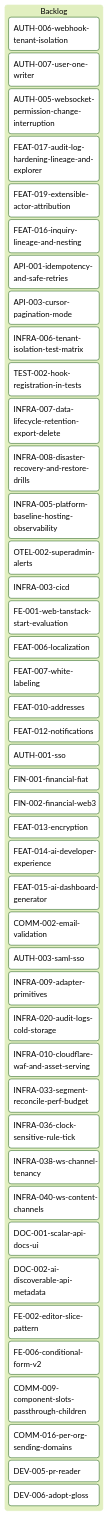
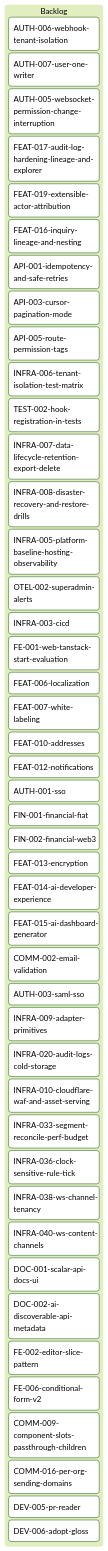
One commit to inixiative/template changed the diagram in tickets/kanban-backlog.md. Above: the diagram before and after it, drawn with Mermaid (forest theme). The commit also changed other lines of this file and 1 other file, not shown here.

Commit message:
docs: ticket API-005, routes declare their permission (deferred)
Zealot #2859 moved route permission checks into route config
(permission / submodelPermission). Aron deferred the template port until
after the Entitlement table (#267) and its Kingdom/Tribe backport.

````diff
--- a/tickets/kanban-backlog.md
+++ b/tickets/kanban-backlog.md
@@ -3,52 +3,53 @@
 ```mermaid
 ---
 config:
   kanban:
     ticketBaseUrl: 'https://github.com/yourorg/template/blob/main/tickets/#TICKET#'
 ---
 kanban
   Backlog
     AUTH-006-webhook-tenant-isolation
     AUTH-007-user-one-writer
     AUTH-005-websocket-permission-change-interruption
     FEAT-017-audit-log-hardening-lineage-and-explorer
     FEAT-019-extensible-actor-attribution
     FEAT-016-inquiry-lineage-and-nesting
     API-001-idempotency-and-safe-retries
     API-003-cursor-pagination-mode
+    API-005-route-permission-tags
     INFRA-006-tenant-isolation-test-matrix
     TEST-002-hook-registration-in-tests
     INFRA-007-data-lifecycle-retention-export-delete
     INFRA-008-disaster-recovery-and-restore-drills
     INFRA-005-platform-baseline-hosting-observability
     OTEL-002-superadmin-alerts
     INFRA-003-cicd
     FE-001-web-tanstack-start-evaluation
     FEAT-006-localization
     FEAT-007-white-labeling
     FEAT-010-addresses
     FEAT-012-notifications
     AUTH-001-sso
     FIN-001-financial-fiat
     FIN-002-financial-web3
     FEAT-013-encryption
     FEAT-014-ai-developer-experience
     FEAT-015-ai-dashboard-generator
     COMM-002-email-validation
     AUTH-003-saml-sso
     INFRA-009-adapter-primitives
     INFRA-020-audit-logs-cold-storage
     INFRA-010-cloudflare-waf-and-asset-serving
     INFRA-033-segment-reconcile-perf-budget
     INFRA-036-clock-sensitive-rule-tick
     INFRA-038-ws-channel-tenancy
     INFRA-040-ws-content-channels
     DOC-001-scalar-api-docs-ui
     DOC-002-ai-discoverable-api-metadata
     FE-002-editor-slice-pattern
     FE-006-conditional-form-v2
     COMM-009-component-slots-passthrough-children
     COMM-016-per-org-sending-domains
     DEV-005-pr-reader
     DEV-006-adopt-gloss
 ```
````
